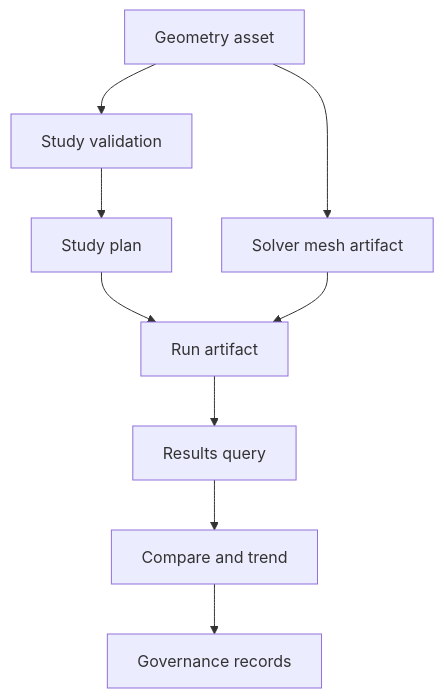
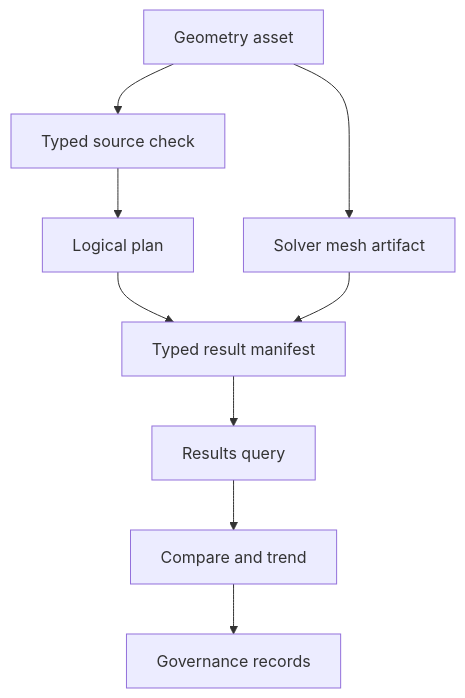
One commit to runmat-org/runmat changed the diagram in docs/fea/evidence.md. Above: the diagram before and after it, drawn with Mermaid. The commit also changed other lines of this file and 21 other files, not shown here.

````diff
--- a/docs/fea/evidence.md
+++ b/docs/fea/evidence.md
@@ -7,15 +7,15 @@
 ```mermaid
 flowchart TD
   Geometry["Geometry asset"]
   Mesh["Solver mesh artifact"]
-  Validate["Study validation"]
-  Plan["Study plan"]
-  Run["Run artifact"]
+  Check["Typed source check"]
+  Plan["Logical plan"]
+  Run["Typed result manifest"]
   Query["Results query"]
   Compare["Compare and trend"]
   Governance["Governance records"]
 
   Geometry --> Mesh
-  Geometry --> Validate --> Plan --> Run --> Query --> Compare --> Governance
+  Geometry --> Check --> Plan --> Run --> Query --> Compare --> Governance
   Mesh --> Run
 ```
````
